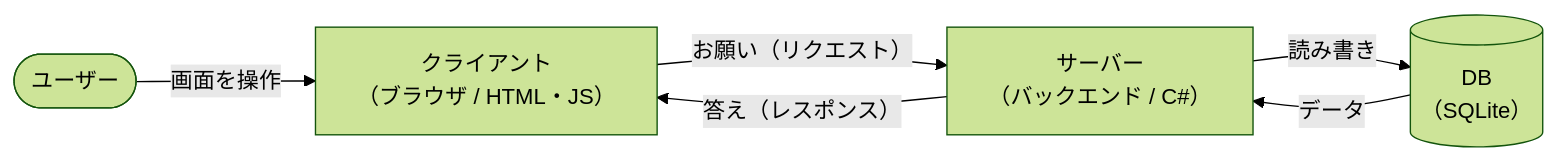
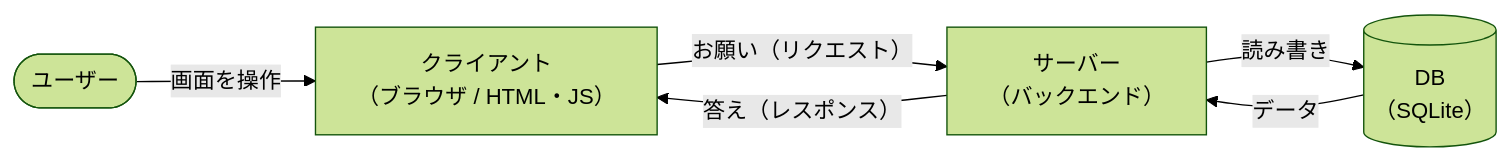
One commit to Vision-Programming-Training/training-shared changed the first of 2 diagrams in web/Web基礎.md. Above: the diagram before and after it, drawn with Mermaid (forest theme). The commit also changed other lines of this file, not shown here.

````diff
--- a/web/Web基礎.md
+++ b/web/Web基礎.md
@@ -20,13 +20,13 @@
 ```mermaid
 flowchart LR
     user([ユーザー])
     client["クライアント<br>（ブラウザ / HTML・JS）"]
-    server["サーバー<br>（バックエンド / C#）"]
+    server["サーバー<br>（バックエンド）"]
     db[("DB<br>（SQLite）")]
 
     user -->|画面を操作| client
     client -->|お願い（リクエスト）| server
     server -->|答え（レスポンス）| client
     server -->|読み書き| db
     db -->|データ| server
 ```
````
